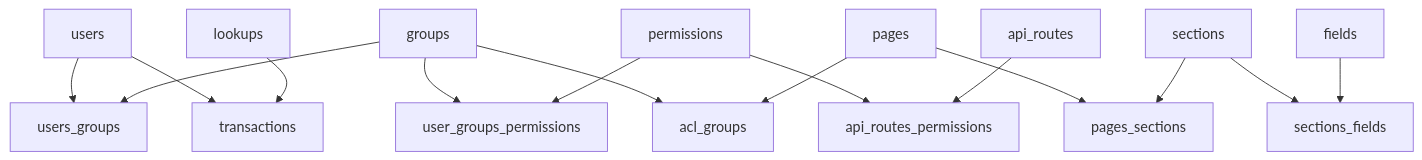
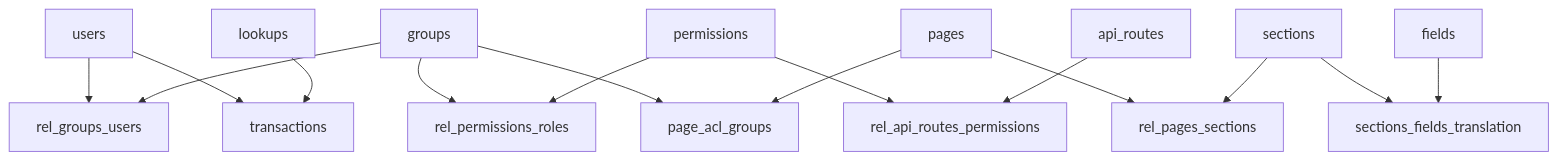
Before and after one commit to humdek-unibe-ch/sh-selfhelp_backend: the second of 2 diagrams in docs/developer/04-database-design.md, drawn with Mermaid. The commit also changed other lines of this file and 73 other files, not shown here.

First line of the commit message:
refactor(db): enforce canonical lowercase_snake_case for DB columns + indexes, fix Doctrine schema sync

````diff
--- a/docs/developer/04-database-design.md
+++ b/docs/developer/04-database-design.md
@@ -753,20 +749,20 @@
 ```mermaid
 graph TD
-    A[users] --> B[users_groups]
+    A[users] --> B[rel_groups_users]
     C[groups] --> B
-    C --> D[user_groups_permissions]
+    C --> D[rel_permissions_roles]
     E[permissions] --> D
-    E --> F[api_routes_permissions]
+    E --> F[rel_api_routes_permissions]
     G[api_routes] --> F
     
-    H[pages] --> I[pages_sections]
+    H[pages] --> I[rel_pages_sections]
     J[sections] --> I
-    J --> K[sections_fields]
+    J --> K[sections_fields_translation]
     L[fields] --> K
     
-    C --> N[acl_groups]
+    C --> N[page_acl_groups]
     H --> N
     
     A --> O[transactions]
     P[lookups] --> O
 ```
````
